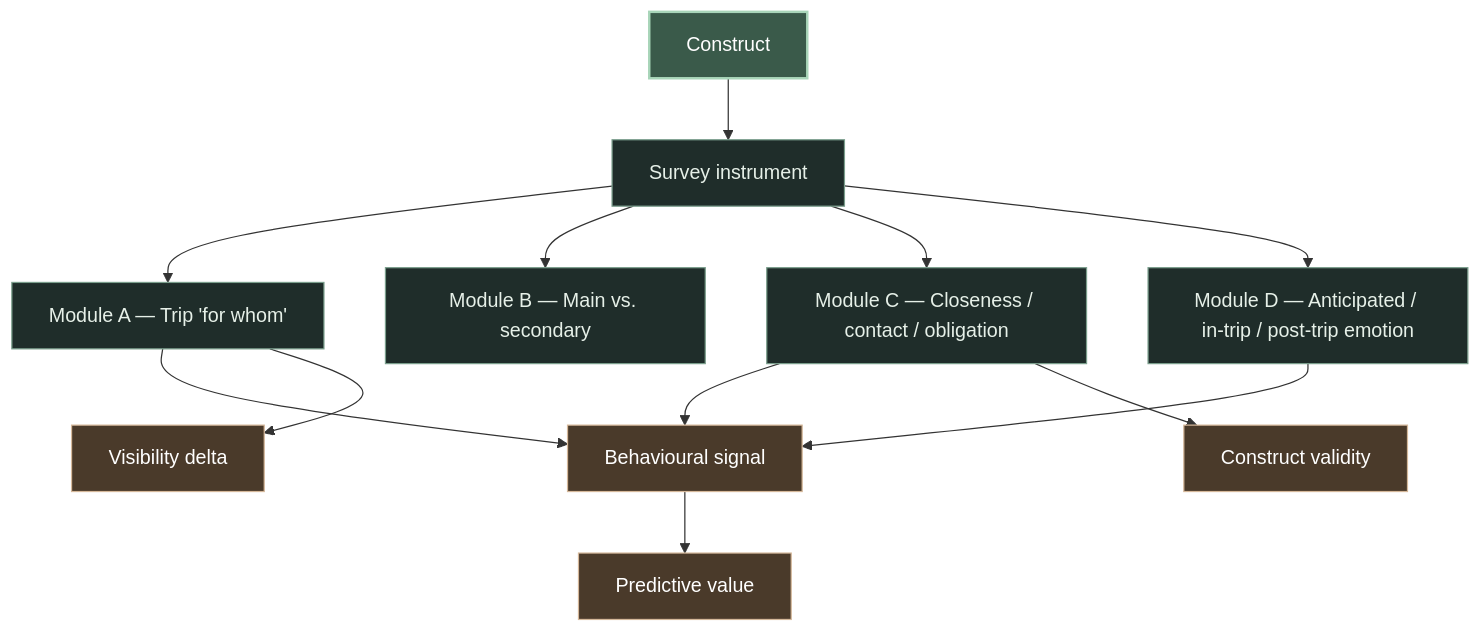
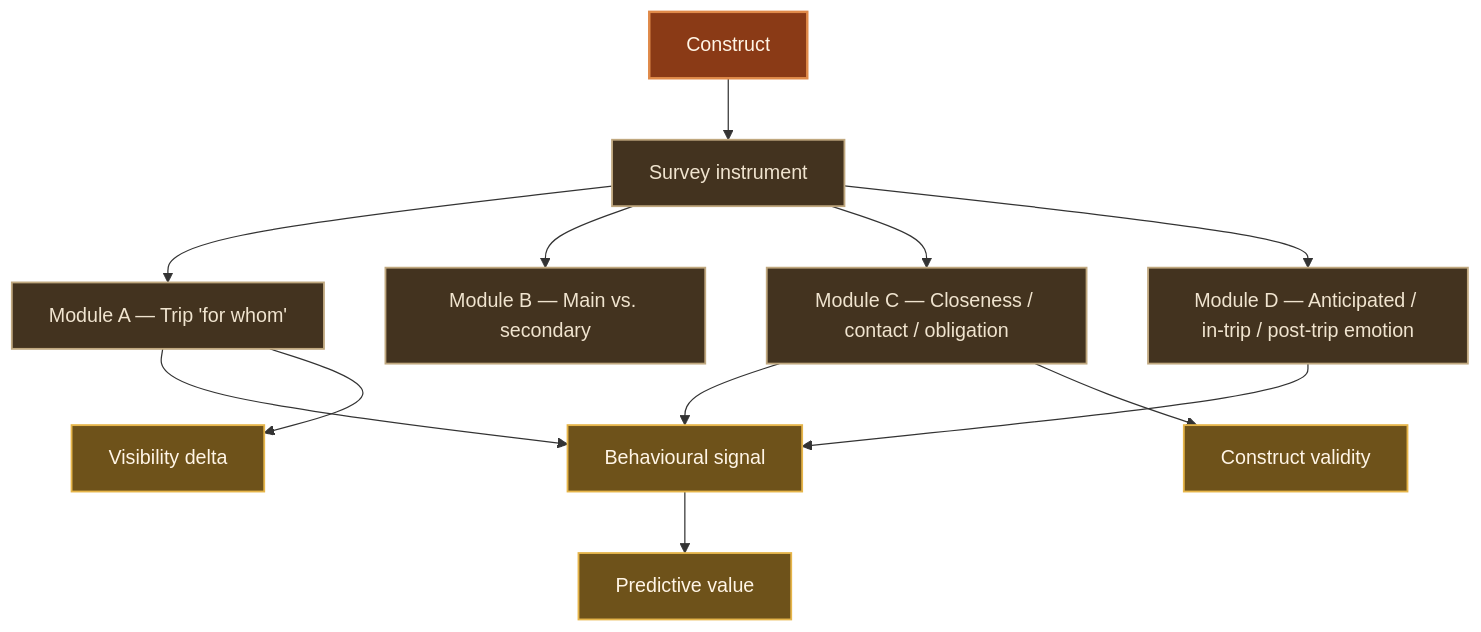
Before and after one commit to rizqrama/rizqrama.github.io: the ninth of 10 diagrams in meetings/20260608.qmd, drawn with Mermaid. The commit also changed other lines of this file and 12 other files, not shown here.

````diff
--- a/meetings/20260608.qmd
+++ b/meetings/20260608.qmd
@@ -667,34 +666,34 @@
 ```{mermaid}
 flowchart TB
     C[Construct]
     M[Survey instrument]
     MA[Module A — Trip 'for whom']
     MB[Module B — Main vs. secondary]
     MC[Module C — Closeness / contact / obligation]
     MD[Module D — Anticipated / in-trip / post-trip emotion]
 
     C --> M
     M --> MA
     M --> MB
     M --> MC
     M --> MD
 
     BS[Behavioural signal]
     MA --> BS
     MC --> BS
     MD --> BS
 
     O1[Visibility delta]
     O2[Construct validity]
     O3[Predictive value]
     MA --> O1
     MC --> O2
     BS --> O3
 
-    classDef construct fill:#3a5a4a,stroke:#a8d5b9,stroke-width:2px,color:#ffffff
-    classDef instrument fill:#1f2d2a,stroke:#7a9e8c,stroke-width:1px,color:#e6f0e8
-    classDef output fill:#4a3a2a,stroke:#d5b89a,stroke-width:1px,color:#ffffff
+    classDef construct fill:#8a3a16,stroke:#e08a4a,stroke-width:2px,color:#fff5e6
+    classDef instrument fill:#43331f,stroke:#c0a87f,stroke-width:1.5px,color:#f0e4cf
+    classDef output fill:#6e521a,stroke:#e6b54a,stroke-width:1.5px,color:#fff5e6
     class C construct
     class M,MA,MB,MC,MD instrument
     class BS,O1,O2,O3 output
 ```
````
